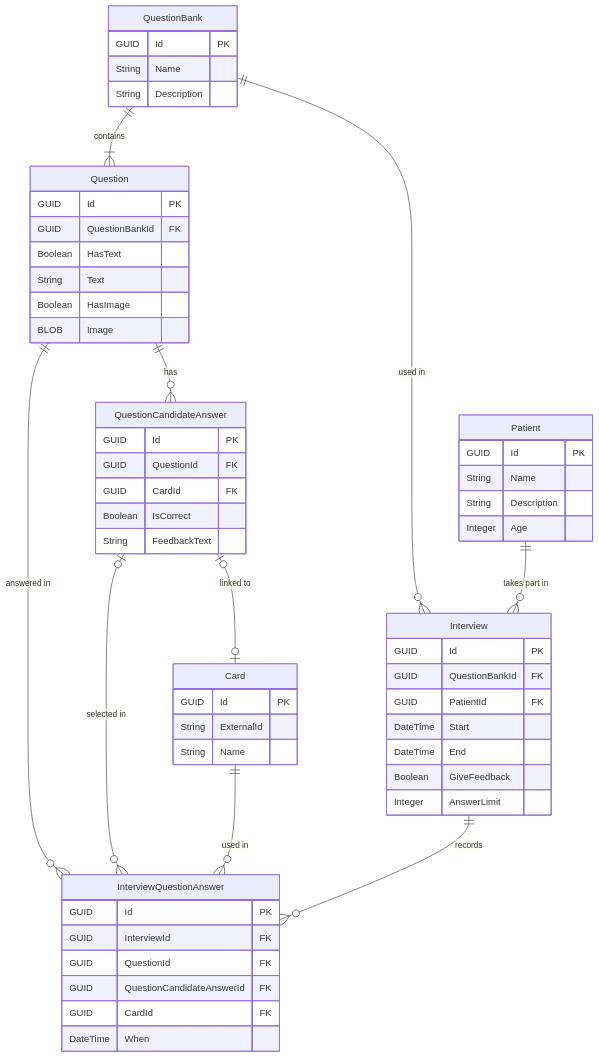
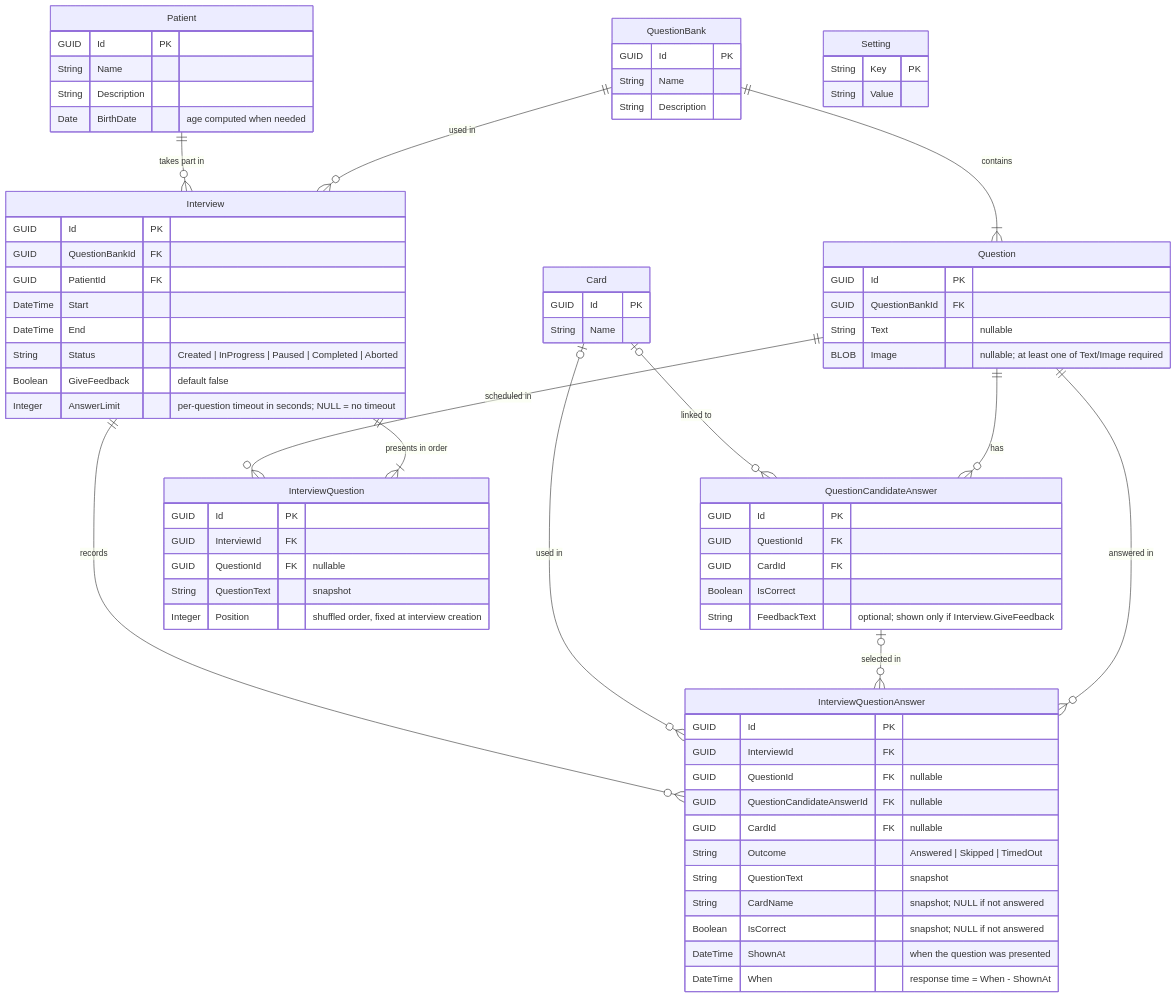
One commit to Bistraw/aguiar changed the diagram in docs/spec.md. Above: the diagram before and after it, drawn with Mermaid. The commit also changed other lines of this file, not shown here.

````diff
--- a/docs/spec.md
+++ b/docs/spec.md
@@ -58,61 +92,78 @@
 ```mermaid
 erDiagram
     QuestionBank {
         GUID Id PK
         String Name
         String Description
     }
     Question {
         GUID Id PK
         GUID QuestionBankId FK
-        Boolean HasText
-        String Text
-        Boolean HasImage
-        BLOB Image
+        String Text "nullable"
+        BLOB Image "nullable; at least one of Text/Image required"
     }
     QuestionCandidateAnswer {
         GUID Id PK
         GUID QuestionId FK
         GUID CardId FK
         Boolean IsCorrect
-        String FeedbackText
+        String FeedbackText "optional; shown only if Interview.GiveFeedback"
     }
     Card {
         GUID Id PK
-        String ExternalId
         String Name
     }
     Patient {
         GUID Id PK
         String Name
         String Description
-        Integer Age
+        Date BirthDate "age computed when needed"
     }
     Interview {
         GUID Id PK
         GUID QuestionBankId FK
         GUID PatientId FK
         DateTime Start
         DateTime End
-        Boolean GiveFeedback
-        Integer AnswerLimit
+        String Status "Created | InProgress | Paused | Completed | Aborted"
+        Boolean GiveFeedback "default false"
+        Integer AnswerLimit "per-question timeout in seconds; NULL = no timeout"
+    }
+    InterviewQuestion {
+        GUID Id PK
+        GUID InterviewId FK
+        GUID QuestionId FK "nullable"
+        String QuestionText "snapshot"
+        Integer Position "shuffled order, fixed at interview creation"
     }
     InterviewQuestionAnswer {
         GUID Id PK
         GUID InterviewId FK
-        GUID QuestionId FK
-        GUID QuestionCandidateAnswerId FK
-        GUID CardId FK
-        DateTime When
+        GUID QuestionId FK "nullable"
+        GUID QuestionCandidateAnswerId FK "nullable"
+        GUID CardId FK "nullable"
+        String Outcome "Answered | Skipped | TimedOut"
+        String QuestionText "snapshot"
+        String CardName "snapshot; NULL if not answered"
+        Boolean IsCorrect "snapshot; NULL if not answered"
+        DateTime ShownAt "when the question was presented"
+        DateTime When "response time = When - ShownAt"
+    }
+
+    Setting {
+        String Key PK
+        String Value
     }
 
     QuestionBank ||--|{ Question : contains
     QuestionBank ||--o{ Interview : "used in"
     Question ||--o{ QuestionCandidateAnswer : has
     Question ||--o{ InterviewQuestionAnswer : "answered in"
-    QuestionCandidateAnswer |o--o| Card : "linked to"
+    Card |o--o{ QuestionCandidateAnswer : "linked to"
     QuestionCandidateAnswer |o--o{ InterviewQuestionAnswer : "selected in"
-    Card ||--o{ InterviewQuestionAnswer : "used in"
+    Card |o--o{ InterviewQuestionAnswer : "used in"
     Patient ||--o{ Interview : "takes part in"
     Interview ||--o{ InterviewQuestionAnswer : records
+    Interview ||--|{ InterviewQuestion : "presents in order"
+    Question ||--o{ InterviewQuestion : "scheduled in"
 ```
````
